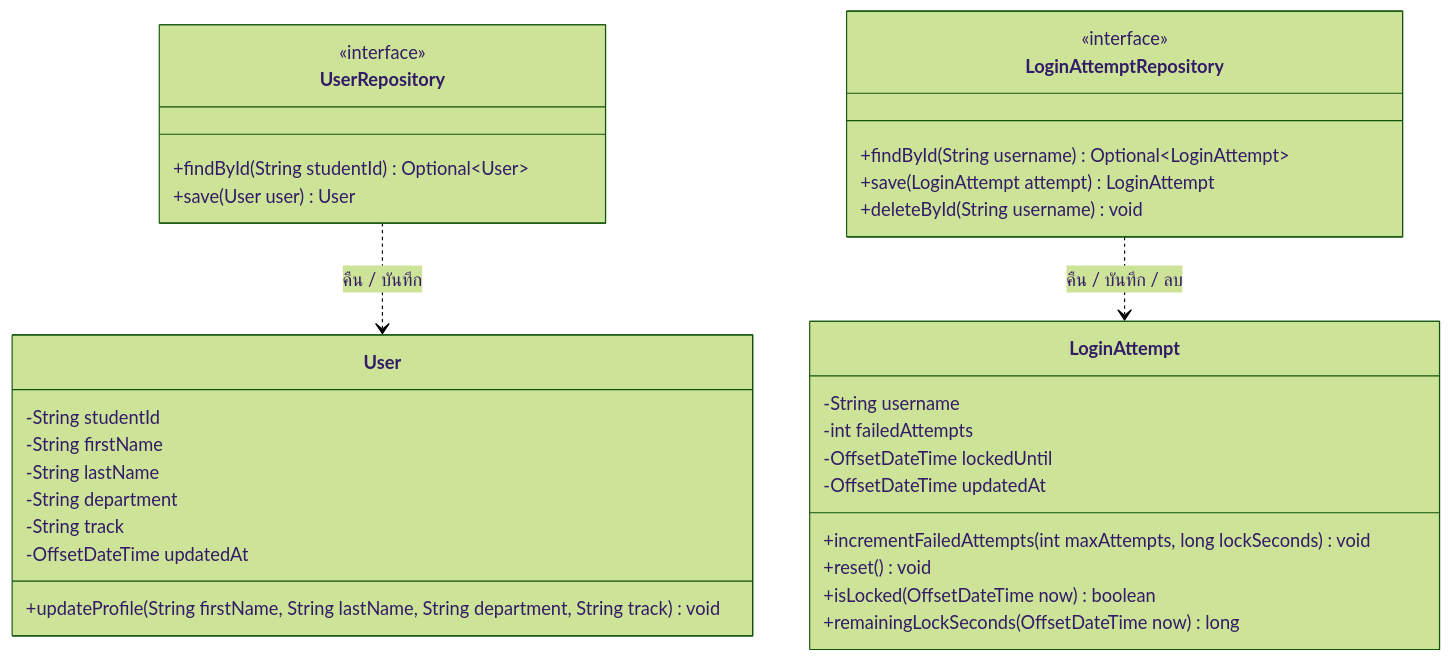
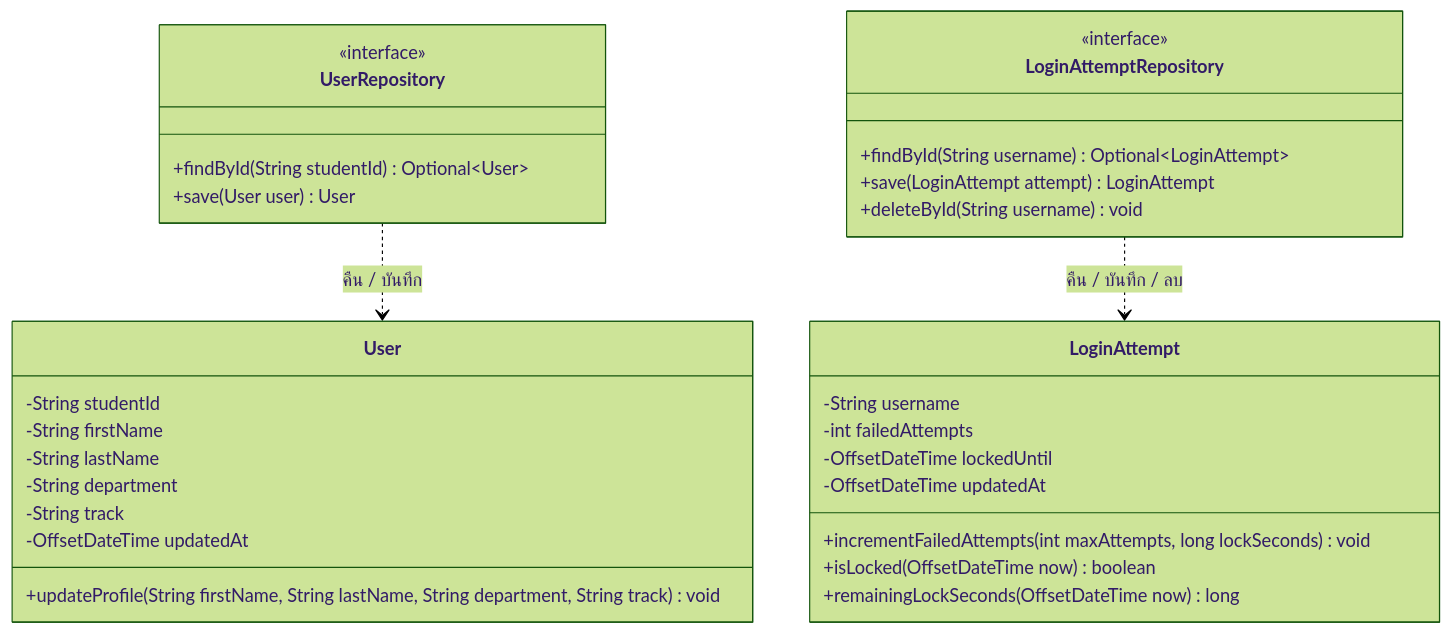
The diagram in .doc/US3/T06/US3-T06-DAO-Class-Diagram.md (Non-Sin/CS261-G3-MockTimetableTU), drawn with Mermaid (forest theme) before and after one commit. The commit also changed other lines of this file and 6 other files, not shown here.

````diff
--- a/.doc/US3/T06/US3-T06-DAO-Class-Diagram.md
+++ b/.doc/US3/T06/US3-T06-DAO-Class-Diagram.md
@@ -9,37 +9,36 @@
 ```mermaid
 classDiagram
     class UserRepository {
         <<interface>>
         +findById(String studentId) Optional~User~
         +save(User user) User
     }
     class LoginAttemptRepository {
         <<interface>>
         +findById(String username) Optional~LoginAttempt~
         +save(LoginAttempt attempt) LoginAttempt
         +deleteById(String username) void
     }
 
     class User {
         -String studentId
         -String firstName
         -String lastName
         -String department
         -String track
         -OffsetDateTime updatedAt
         +updateProfile(String firstName, String lastName, String department, String track) void
     }
     class LoginAttempt {
         -String username
         -int failedAttempts
         -OffsetDateTime lockedUntil
         -OffsetDateTime updatedAt
         +incrementFailedAttempts(int maxAttempts, long lockSeconds) void
-        +reset() void
         +isLocked(OffsetDateTime now) boolean
         +remainingLockSeconds(OffsetDateTime now) long
     }
 
     UserRepository ..> User : คืน / บันทึก
     LoginAttemptRepository ..> LoginAttempt : คืน / บันทึก / ลบ
 ```
````
